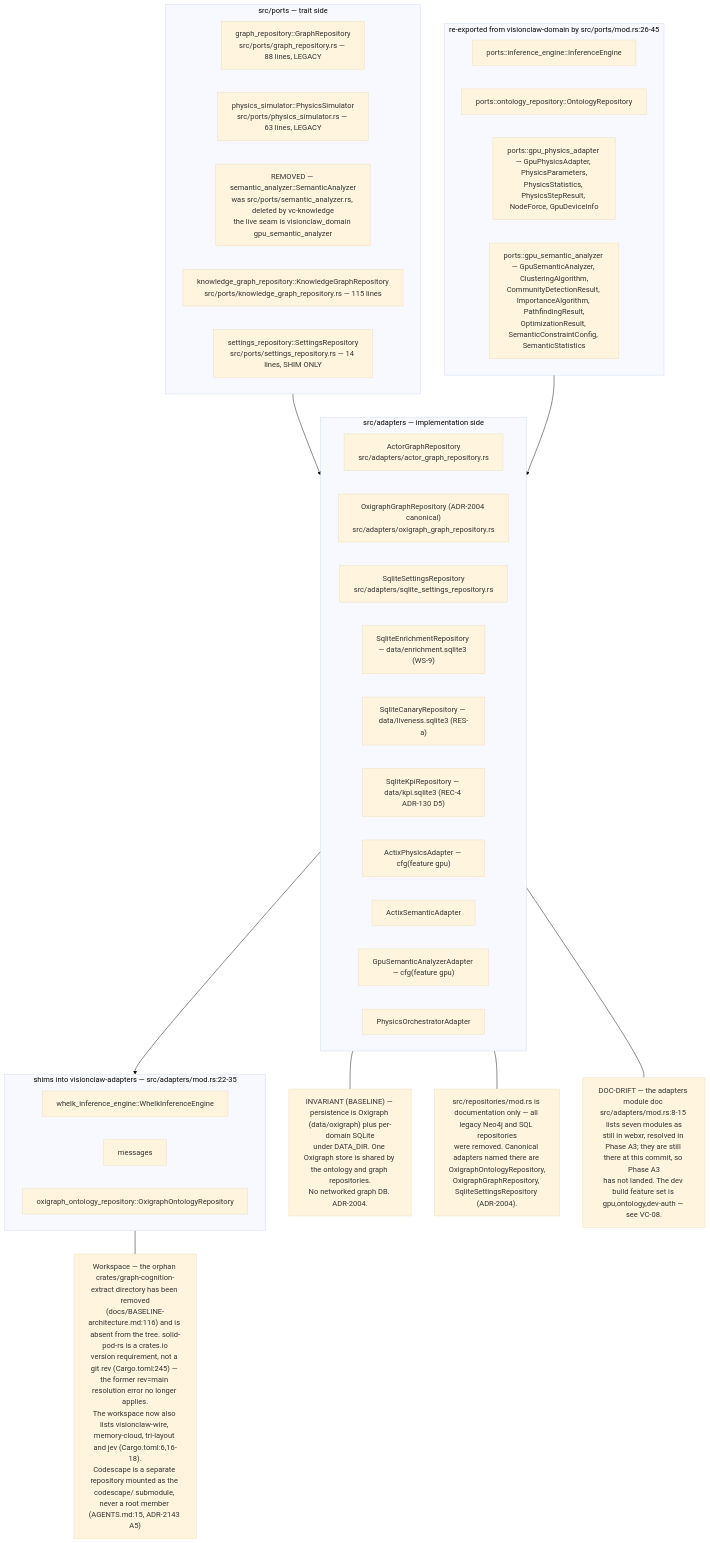
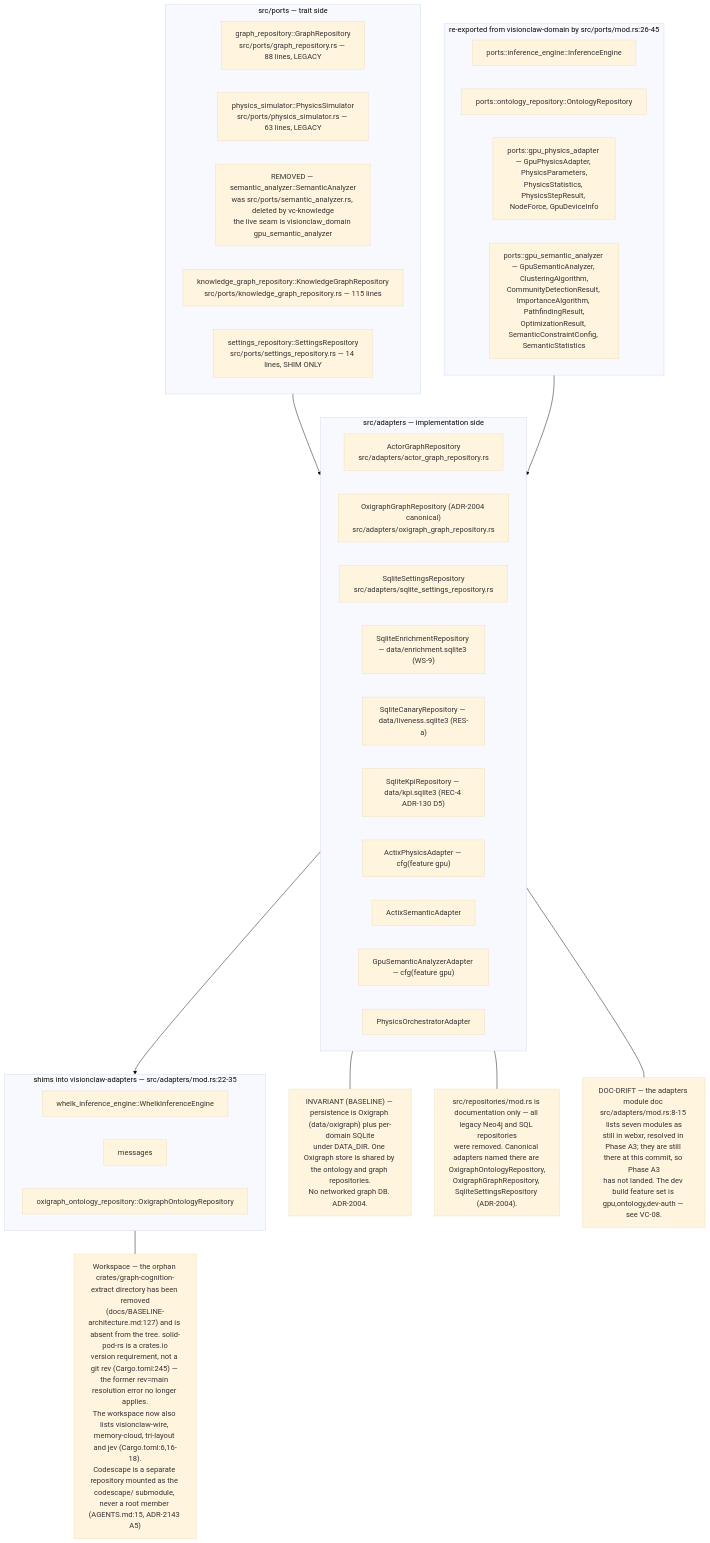
One commit to DreamLab-AI/VisionFlow changed the first of 9 diagrams in docs/diagrams/visionclaw/07-hexagonal-ports-and-crates.md. Above: the diagram before and after it, drawn with Mermaid (base theme). The commit also changed other lines of this file and 145 other files, not shown here.

````diff
--- a/docs/diagrams/visionclaw/07-hexagonal-ports-and-crates.md
+++ b/docs/diagrams/visionclaw/07-hexagonal-ports-and-crates.md
@@ -67,44 +67,44 @@
 ```mermaid
 flowchart TB
     subgraph PORTS["src/ports — trait side"]
         P1["graph_repository::GraphRepository<br/>src/ports/graph_repository.rs — 88 lines, LEGACY"]
         P2["physics_simulator::PhysicsSimulator<br/>src/ports/physics_simulator.rs — 63 lines, LEGACY"]
         P3["REMOVED — semantic_analyzer::SemanticAnalyzer<br/>was src/ports/semantic_analyzer.rs, deleted by vc-knowledge<br/>the live seam is visionclaw_domain gpu_semantic_analyzer"]
         P4["knowledge_graph_repository::KnowledgeGraphRepository<br/>src/ports/knowledge_graph_repository.rs — 115 lines"]
         P5["settings_repository::SettingsRepository<br/>src/ports/settings_repository.rs — 14 lines, SHIM ONLY"]
     end
     subgraph SHIM["re-exported from visionclaw-domain by src/ports/mod.rs:26-45"]
         S1["ports::inference_engine::InferenceEngine"]
         S2["ports::ontology_repository::OntologyRepository"]
         S3["ports::gpu_physics_adapter — GpuPhysicsAdapter, PhysicsParameters,<br/>PhysicsStatistics, PhysicsStepResult, NodeForce, GpuDeviceInfo"]
         S4["ports::gpu_semantic_analyzer — GpuSemanticAnalyzer, ClusteringAlgorithm,<br/>CommunityDetectionResult, ImportanceAlgorithm, PathfindingResult,<br/>OptimizationResult, SemanticConstraintConfig, SemanticStatistics"]
     end
     subgraph ADAPT["src/adapters — implementation side"]
         A1["ActorGraphRepository<br/>src/adapters/actor_graph_repository.rs"]
         A2["OxigraphGraphRepository (ADR-2004 canonical)<br/>src/adapters/oxigraph_graph_repository.rs"]
         A3["SqliteSettingsRepository<br/>src/adapters/sqlite_settings_repository.rs"]
         A4["SqliteEnrichmentRepository — data/enrichment.sqlite3 (WS-9)"]
         A5["SqliteCanaryRepository — data/liveness.sqlite3 (RES-a)"]
         A6["SqliteKpiRepository — data/kpi.sqlite3 (REC-4 ADR-130 D5)"]
         A7["ActixPhysicsAdapter — cfg(feature gpu)"]
         A8["ActixSemanticAdapter"]
         A9["GpuSemanticAnalyzerAdapter — cfg(feature gpu)"]
         A10["PhysicsOrchestratorAdapter"]
     end
     subgraph XCRATE["shims into visionclaw-adapters — src/adapters/mod.rs:22-35"]
         X1["whelk_inference_engine::WhelkInferenceEngine"]
         X2["messages"]
         X3["oxigraph_ontology_repository::OxigraphOntologyRepository"]
     end
     PORTS --> ADAPT
     SHIM --> ADAPT
     ADAPT --> XCRATE
     N1["INVARIANT (BASELINE) — persistence is Oxigraph (data/oxigraph) plus per-domain SQLite<br/>under DATA_DIR. One Oxigraph store is shared by the ontology and graph repositories.<br/>No networked graph DB. ADR-2004."]
     ADAPT --- N1
     N2["src/repositories/mod.rs is documentation only — all legacy Neo4j and SQL repositories<br/>were removed. Canonical adapters named there are OxigraphOntologyRepository,<br/>OxigraphGraphRepository, SqliteSettingsRepository (ADR-2004)."]
     ADAPT --- N2
-    N3["Workspace — the orphan crates/graph-cognition-extract directory has been removed<br/>(docs/BASELINE-architecture.md:116) and is absent from the tree. solid-pod-rs is a crates.io<br/>version requirement, not a git rev (Cargo.toml:245) — the former rev=main resolution error no longer applies.<br/>The workspace now also lists visionclaw-wire, memory-cloud, tri-layout and jev (Cargo.toml:6,16-18).<br/>Codescape is a separate repository mounted as the codescape/ submodule, never a root member (AGENTS.md:15, ADR-2143 A5)"]
+    N3["Workspace — the orphan crates/graph-cognition-extract directory has been removed<br/>(docs/BASELINE-architecture.md:127) and is absent from the tree. solid-pod-rs is a crates.io<br/>version requirement, not a git rev (Cargo.toml:245) — the former rev=main resolution error no longer applies.<br/>The workspace now also lists visionclaw-wire, memory-cloud, tri-layout and jev (Cargo.toml:6,16-18).<br/>Codescape is a separate repository mounted as the codescape/ submodule, never a root member (AGENTS.md:15, ADR-2143 A5)"]
     XCRATE --- N3
     N4["DOC-DRIFT — the adapters module doc src/adapters/mod.rs:8-15 lists seven modules as<br/>still in webxr, resolved in Phase A3; they are still there at this commit, so Phase A3<br/>has not landed. The dev build feature set is gpu,ontology,dev-auth — see VC-08."]
     ADAPT --- N4
 ```
````
